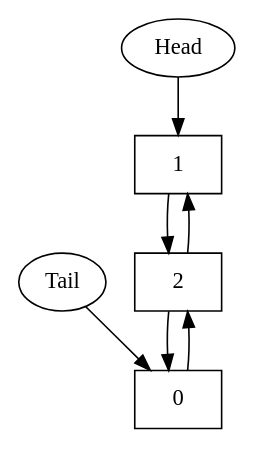
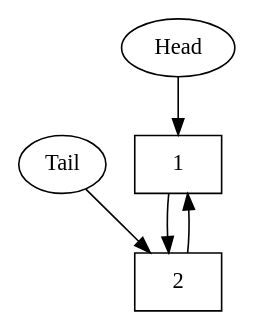
One commit to AlgebraicWolf/FPMI_1sem_programming_homework changed the diagram in DoublyLinkedListDed/cmake-build-debug/dump.dot. Above: the diagram before and after it, drawn with Graphviz. The commit also changed 11 other files, not shown here.

```diff
--- a/DoublyLinkedListDed/cmake-build-debug/dump.dot
+++ b/DoublyLinkedListDed/cmake-build-debug/dump.dot
@@ -1,11 +1,8 @@
 digraph {
 node1[label="{{1}}",shape=record];
 node2[label="{{2}}",shape=record];
 node1 -> node2;
 node2 -> node1;
-node0[label="{{0}}",shape=record];
-node2 -> node0;
-node0 -> node2;
 Head -> node1;
-Tail -> node0;
+Tail -> node2;
 }
```
